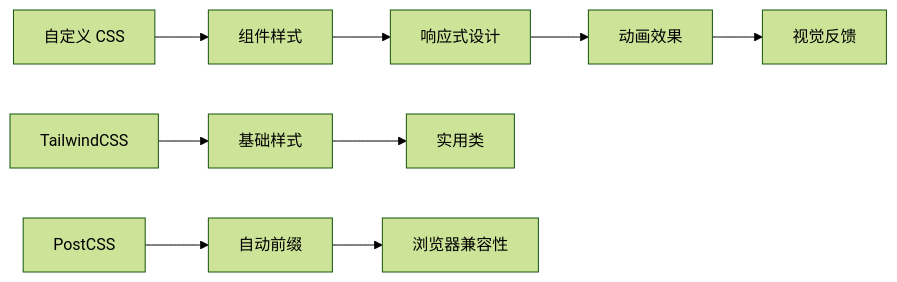
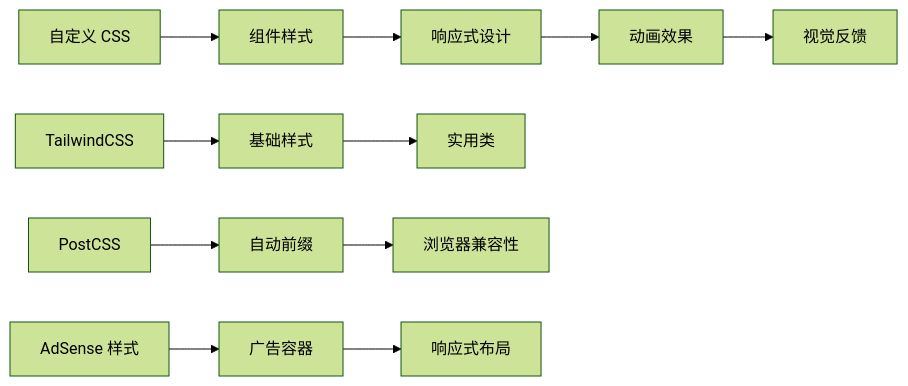
Before and after one commit to mrancc/reimagined-journey: the third of 21 diagrams in .qoder/repowiki/zh/content/部署指南.md, drawn with Mermaid (forest theme). The commit also changed other lines of this file and 3 other files, not shown here.

````diff
--- a/.qoder/repowiki/zh/content/部署指南.md
+++ b/.qoder/repowiki/zh/content/部署指南.md
@@ -110,11 +124,13 @@
 ```mermaid
 graph LR
 A[TailwindCSS] --> B[基础样式]
 C[PostCSS] --> D[自动前缀]
 E[自定义 CSS] --> F[组件样式]
 F --> G[响应式设计]
 G --> H[动画效果]
 B --> I[实用类]
 D --> J[浏览器兼容性]
 H --> K[视觉反馈]
+L[AdSense 样式] --> M[广告容器]
+M --> N[响应式布局]
 ```
````
